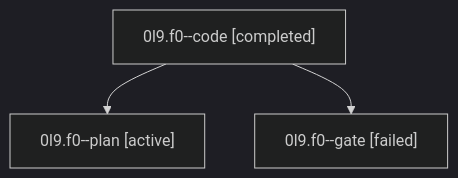
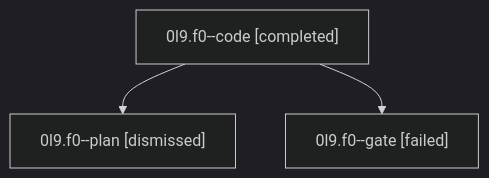
The diagram in sessions/bbugyi200.athena.0l9.f0.md (sase-org/sase--agents), drawn with Mermaid (dark theme) before and after one commit. The commit also changed other lines of this file and 50 other files, not shown here.

````diff
--- a/sessions/bbugyi200.athena.0l9.f0.md
+++ b/sessions/bbugyi200.athena.0l9.f0.md
@@ -9,8 +9,8 @@
 ```mermaid
 flowchart TD
   n0["0l9.f0--code [completed]"]
-  n1["0l9.f0--plan [active]"]
+  n1["0l9.f0--plan [dismissed]"]
   n0 --> n1
   n2["0l9.f0--gate [failed]"]
   n0 --> n2
 ```
````
